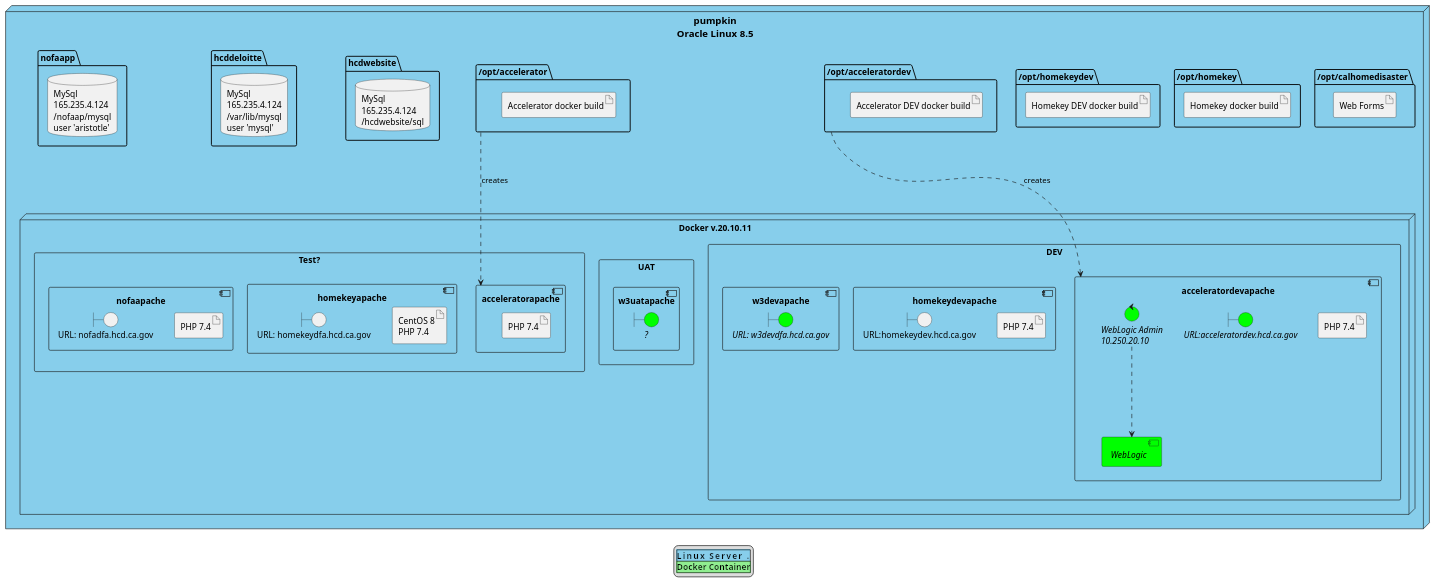
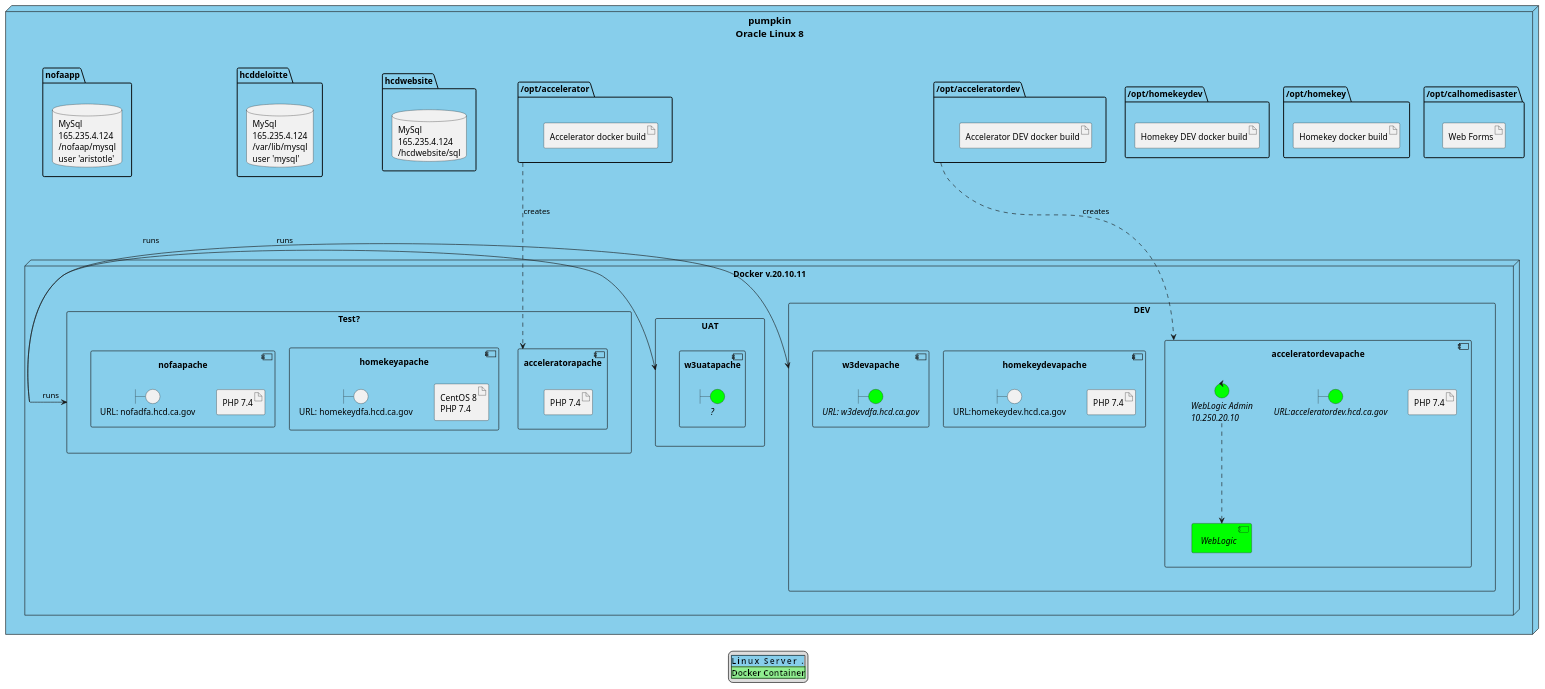
Before and after one commit to ppalacz/hcdDoc: the diagram in DrupalWeb/plantuml/pumpkinDeployment.plantuml, drawn with PlantUML. The commit also changed 22 other files, not shown here.

```diff
--- a/DrupalWeb/plantuml/pumpkinDeployment.plantuml
+++ b/DrupalWeb/plantuml/pumpkinDeployment.plantuml
@@ -1,179 +1,179 @@
-@startuml
+@startuml "Docker Containers on pumpkin"
 '!theme sketchy-outline
 hide stereotype
 
 'skinparam linetype ortho
 
 <style>
   ' Styles to apply to components to indicate something of note:
   ' in-scope (<<i>>)
   .i {
     BackgroundColor SkyBlue
     FontStyle bold
     FontSize 16
   }
   .dockany {
     BackgroundColor LimeGreen
     FontStyle bold
     'FontColor DarkGray
     FontSize 14
   }
  .dockproxy {
     BackgroundColor Gold
     'FontStyle italic
     'FontColor DarkGray
     FontSize 14
   }
   .dockprod {
     BackgroundColor DarkGreen
     FontStyle bold
     'FontColor DarkGray
     FontSize 14
   }
 
   .dockdev {
     BackgroundColor Lime
     FontStyle italic
     'FontColor DarkGray
     FontSize 14
   }
 
    .dockertest {
     BackgroundColor YellowGreen
     FontStyle italic
     'FontColor DarkGray
     FontSize 14
   }
 
 
 }
 </style>
 
 legend
 |<back:SkyBlue><b>Linux Server        .</b></back>|
 |<back:LightGreen><b>Docker Container</b></back>|
 endlegend
 
 'title "HCD DEV/TEST Web/Drupal Deployment" 
    
-   node "pumpkin\nOracle Linux 8.5" <<i>> as pumpkin8 {
+   node "pumpkin\nOracle Linux 8" <<i>> as pumpkin8 {
 
   folder "/opt/calhomedisaster" as optacalhome {
       artifact "Web Forms"
       'artifact "Weblogic binaries"
       'artifact "Static html"
 
     }  
 
  folder "/opt/homekey" as opthomekey {
       artifact "Homekey docker build"
       'artifact "Weblogic binaries"
       'artifact "Static html"
 
     }  
 
     folder "/opt/homekeydev" as opthomekeydev {
       artifact "Homekey DEV docker build"
       'artifact "Weblogic binaries"
       'artifact "Static html"
 
     }  
 
    folder "/opt/acceleratordev" as optaccdev {
       artifact "Accelerator DEV docker build"
       'artifact "Weblogic binaries"
       'artifact "Static html"
 
     }   
 
    folder "/opt/accelerator" as optacc {
     
       artifact "Accelerator docker build"
       'artifact "Weblogic binaries"
       'artifact "Static html"
     }
 
     folder "hcdwebsite" {
       database "MySql\n165.235.4.124\n/hcdwebsite/sql" as dbhcd
     }
 
     folder "hcddeloitte" {
       database "MySql\n165.235.4.124\n/var/lib/mysql\nuser 'mysql'" as dbdel
     }
 
     folder "nofaapp" {
       database "MySql\n165.235.4.124\n/nofaap/mysql\nuser 'aristotle'" as dbnofa
 
     }
 
 
       node "Docker v.20.10.11" <<dockerany>> as docker { 
 
    
 
 
   rectangle "DEV" as boxdev {
 
     component  "acceleratordevapache" as dockaccdev {
       artifact "PHP 7.4" as phpaccdev
 	    boundary  "URL:acceleratordev.hcd.ca.gov" <<dockdev>>
       control  "WebLogic Admin\n10.250.20.10" as boxdevwladm <<dockdev>>
       component "WebLogic" as boxdevwl <<dockdev>>
       boxdevwladm ...> boxdevwl
 
     } 
 
     component  "homekeydevapache"  {
       artifact "PHP 7.4" as phphomekeydev
 	    boundary "URL:homekeydev.hcd.ca.gov"
     }
 
   component  "w3devapache"   {
     'artifact "PHP 7.4" as phpaccdev
 	   boundary "URL: w3devdfa.hcd.ca.gov" <<dockdev>>
 	   }
   }
   
  
 
   rectangle "UAT" as boxuat {
 
 	  component  "w3uatapache"  {
       'artifact "PHP 7.4"
       boundary "?"  <<dockdev>>
 	  }
   }
 
   rectangle "Test?" as boxother {
      
     component  "acceleratorapache" as dockacc   {
       boundary "?"  <<dockdev>>
       artifact "PHP 7.4" as phpacc
     }
   
     component  "homekeyapache"  {
       artifact "CentOS 8\nPHP 7.4" as confacc
       boundary "URL: homekeydfa.hcd.ca.gov"  
     }
  
     component  "nofaapache"   {
       artifact "PHP 7.4" as phpnofa
       boundary "URL: nofadfa.hcd.ca.gov"  
     }
   }
       }
    }
 
 
-  'docker -up-> boxdev :runs
-  'docker -right-> boxuat :runs
-  'docker -down-> boxother :runs
+  docker -up-> boxdev :runs
+  docker -right-> boxuat :runs
+  docker -down-> boxother :runs
   optaccdev ...> dockaccdev :creates
   optacc ...> dockacc :creates
 'webProxy -down-> webServers
 'webProxy <..> webProxyFailOver
 'webServers -down-> drupalServers
 'drupalServers -down-> dbServers
 
 
 @enduml
```
